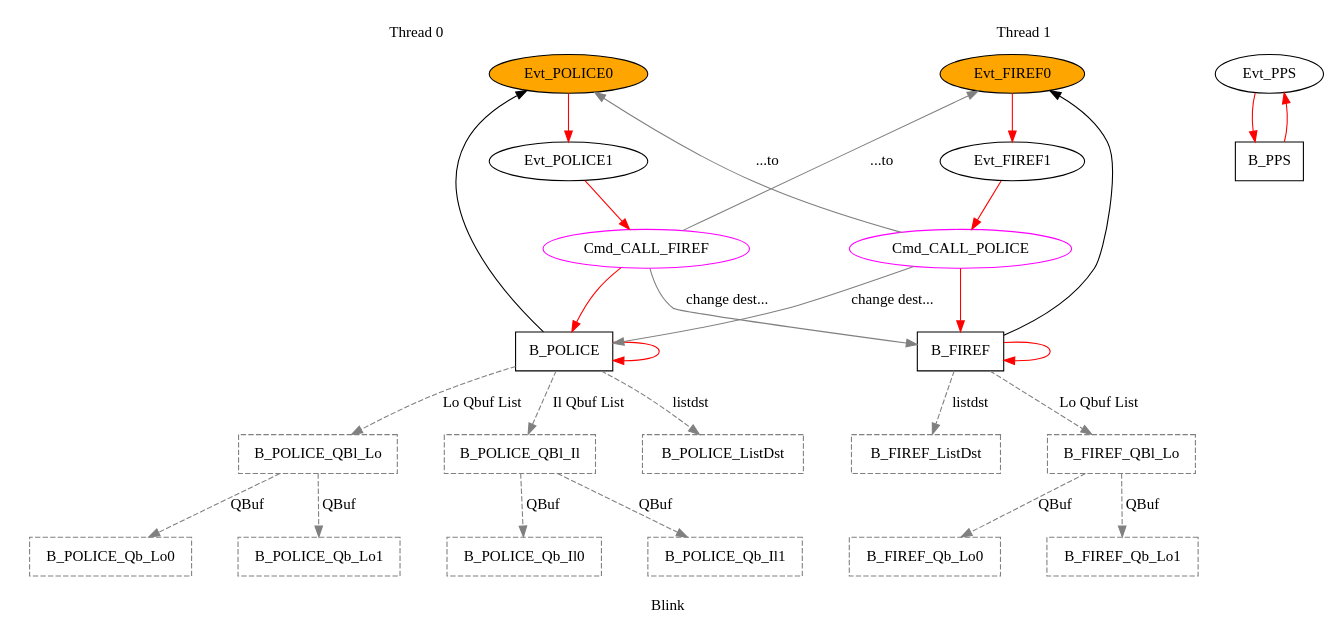
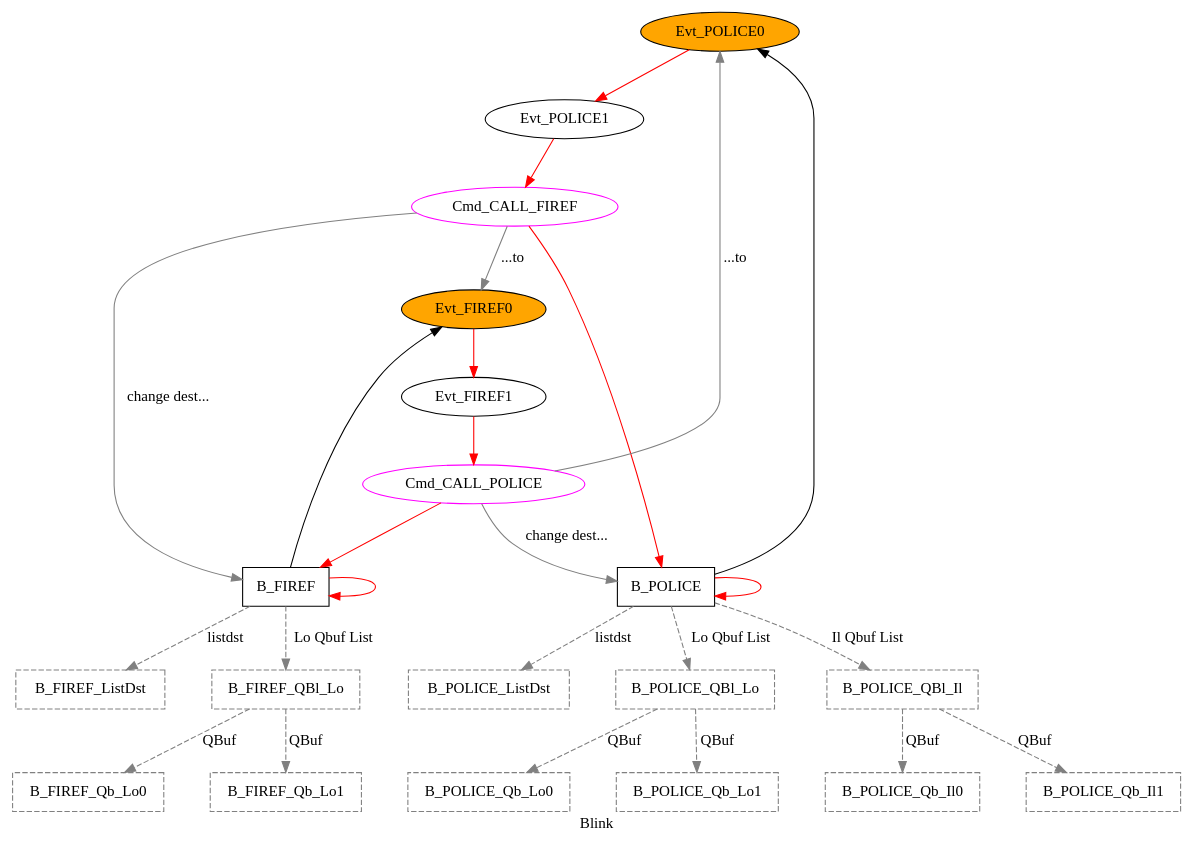
Before and after one commit to GSI-CS-CO/bel_projects: the diagram in modules/ftm/ftmx86/blink.dot, drawn with Graphviz. The commit also changed 4 other files, not shown here.

```diff
--- a/modules/ftm/ftmx86/blink.dot
+++ b/modules/ftm/ftmx86/blink.dot
@@ -1,77 +1,71 @@
 digraph G {
 name = "blink2";
 graph [label="Blink", root="Evt_POLICE",  rankdir=TB, nodesep=0.6, mindist=0.6, ranksep=0.6, overlap=false]
 node [type="TMsg", shape="rectangle",  style="filled", fillcolor="white", color="black", cpu=0]
 edge [type="defdst", color="red"]
 
-subgraph cluster_0 {
+subgraph G0 {
   color = "none";
 Evt_POLICE0        [type="TMsg",                tOffs=0, id="0x0000000000000110", par="0x123", shape="oval", fillcolor="orange"];
 Evt_POLICE1        [type="TMsg",                tOffs=500, id="0x0000000000000110", par="0x123", shape="oval"];
 Cmd_CALL_FIREF   [shape="oval",             tOffs=300, type="Flow", color="magenta", tValid=0, qty=1];
 B_POLICE          [type="Block",         tPeriod=2000000000];
 Evt_POLICE0 -> Evt_POLICE1 -> Cmd_CALL_FIREF -> B_POLICE -> B_POLICE;
 B_POLICE   -> Evt_POLICE0 [type="altdst", color="black"];
 
 B_POLICE_ListDst [type="ListDst", color="grey", style=dashed, flags=0];
 B_POLICE_QBl_Lo [type="QInfo", color="grey", style=dashed, flags=0];
 B_POLICE_Qb_Lo0 [type="QBuf", color="grey", style=dashed, flags=0];
 B_POLICE_Qb_Lo1 [type="QBuf", color="grey", style=dashed, flags=0];
 B_POLICE->B_POLICE_QBl_Lo [type="priolo", color="grey", style=dashed, label="Lo Qbuf List"];
 B_POLICE_QBl_Lo->B_POLICE_Qb_Lo0 [type="meta", color="grey", style=dashed, label="QBuf"];
 B_POLICE_QBl_Lo->B_POLICE_Qb_Lo1 [type="meta", color="grey", style=dashed, label="QBuf"];
 
 B_POLICE_QBl_Il [type="QInfo", color="grey", style=dashed, flags=0];
 B_POLICE_Qb_Il0 [type="QBuf", color="grey", style=dashed, flags=0];
 B_POLICE_Qb_Il1 [type="QBuf", color="grey", style=dashed, flags=0];
 B_POLICE->B_POLICE_QBl_Il [type="prioIl", color="grey", style=dashed, label="Il Qbuf List"];
 B_POLICE_QBl_Il->B_POLICE_Qb_Il0 [type="meta", color="grey", style=dashed, label="QBuf"];
 B_POLICE_QBl_Il->B_POLICE_Qb_Il1 [type="meta", color="grey", style=dashed, label="QBuf"];
 
 
 B_POLICE->B_POLICE_ListDst [type="listdst", color="grey", style=dashed, label="listdst"];
 
 
 label = "Thread 0"
 }
 
-subgraph cluster_1 {
+subgraph G1 {
   node [cpu="1"];
 Evt_FIREF0         [type="TMsg",              tOffs=0, id="0x0000000000000112", par="0x0", shape="oval", fillcolor="orange"];
 Evt_FIREF1         [type="TMsg",              tOffs=0, id="0x0000000000000112", par="0x0", shape="oval"];
 Cmd_CALL_POLICE   [shape="oval",             tOffs=1000, type="Flow", color="magenta", tValid=0, qty=1];
 B_FIREF           [type="Block",         tPeriod=4000000000];
 B_FIREF_ListDst [type="ListDst", color="grey", style=dashed, flags=0];
 B_FIREF_QBl_Lo [type="QInfo", color="grey", style=dashed, flags=0];
 B_FIREF_Qb_Lo0 [type="QBuf", color="grey", style=dashed, flags=0];
 B_FIREF_Qb_Lo1 [type="QBuf", color="grey", style=dashed, flags=0];
 B_FIREF_QBl_Lo->B_FIREF_Qb_Lo0 [type="meta", color="grey", style=dashed, label="QBuf"];
 B_FIREF_QBl_Lo->B_FIREF_Qb_Lo1 [type="meta", color="grey", style=dashed, label="QBuf"];
 Evt_FIREF0  -> Evt_FIREF1 -> Cmd_CALL_POLICE -> B_FIREF -> B_FIREF;
 B_FIREF   -> Evt_FIREF0 [type="altdst", color="black"];
 B_FIREF->B_FIREF_QBl_Lo [type="priolo", color="grey", style=dashed, label="Lo Qbuf List"];
 B_FIREF->B_FIREF_ListDst [type="listdst", color="grey", style=dashed, label="listdst"];
 color = "none";
 label = "Thread 1"
 }
 
 Cmd_CALL_POLICE  -> B_POLICE [type="target", color="grey", label="change dest..."];
 Cmd_CALL_POLICE  -> Evt_POLICE0 [type="flowdst", color="grey", label="...to"];
 
 
 
 
 
 Cmd_CALL_FIREF  -> B_FIREF [type="target", color="grey", label="change dest..."];
 Cmd_CALL_FIREF  -> Evt_FIREF0 [type="flowdst", color="grey", label="...to"];
 
-subgraph {
-  
-  Evt_PPS             [type="TMsg",         tOffs=          0,   id="0x0000000000000001", par="0x123", shape="oval"];
-  B_PPS               [type="Block",      tPeriod=1000000000];
 
-  Evt_PPS -> B_PPS  -> Evt_PPS;
-}
 
 
 }
```
